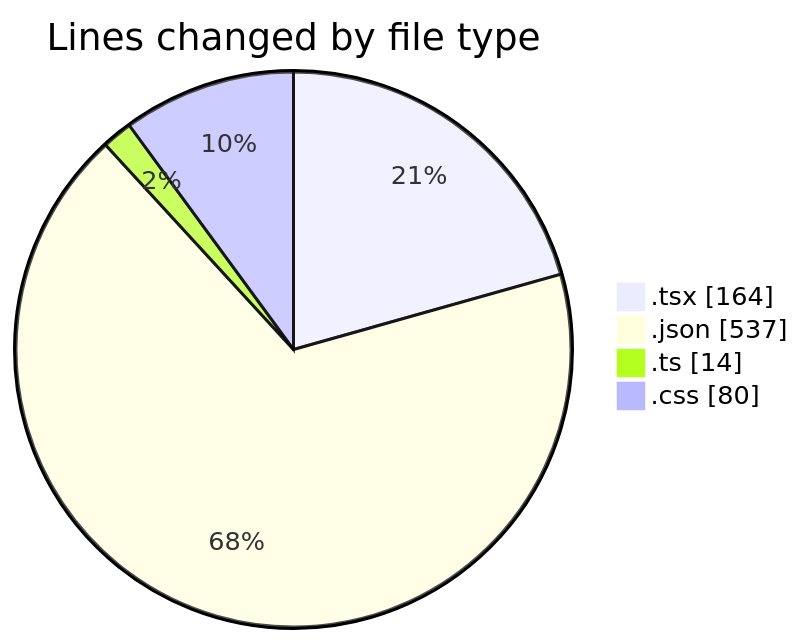
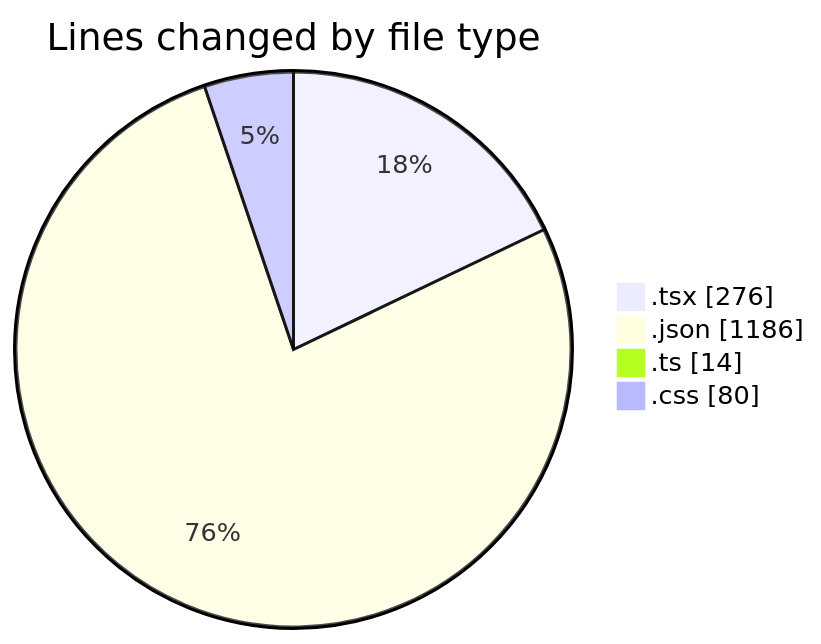
The first of 2 diagrams in 2025-08-04/tw-server/README.md (EIIisD/code-tracking), drawn with Mermaid before and after one commit. The commit also changed other lines of this file and 1 other file, not shown here.

````diff
--- a/2025-08-04/tw-server/README.md
+++ b/2025-08-04/tw-server/README.md
@@ -24,8 +25,8 @@
 ```mermaid
 pie showData
 title Lines changed by file type
-".tsx" : 164
-".json" : 537
+".tsx" : 276
+".json" : 1186
 ".ts" : 14
 ".css" : 80
 ```
````
